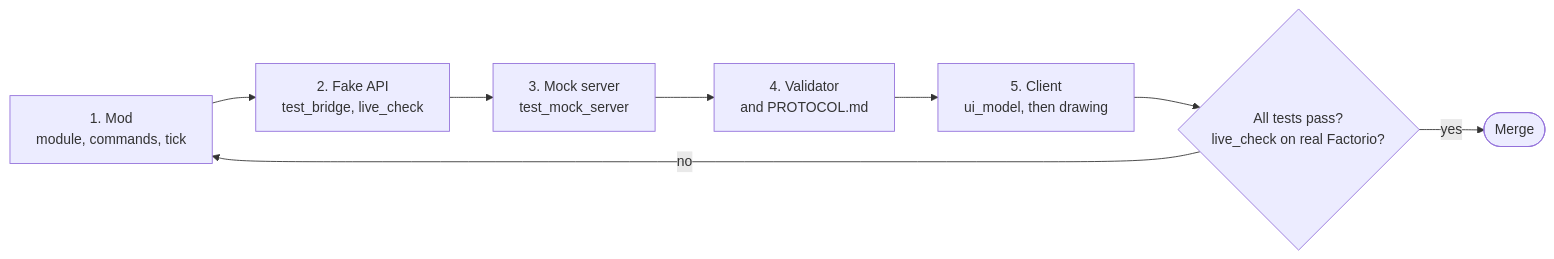
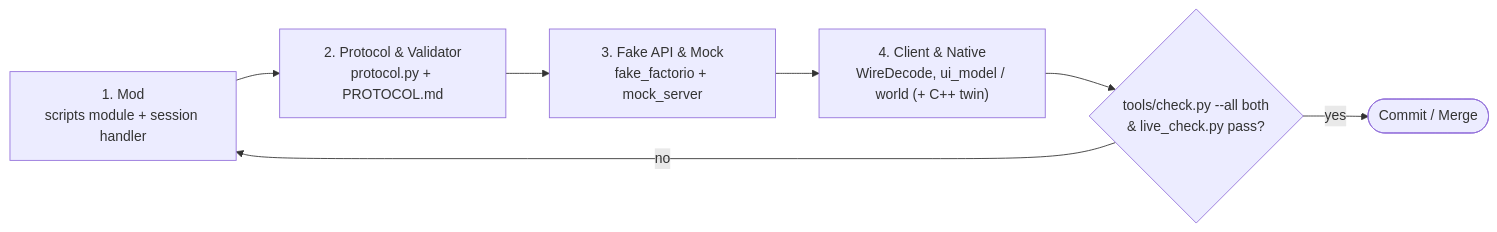
One commit to Zenith-3D-Team/Zenith changed the fourth of 4 diagrams in ARCHITECTURE.md. Above: the diagram before and after it, drawn with Mermaid. The commit also changed other lines of this file and 1999 other files, not shown here.

````diff
--- a/ARCHITECTURE.md
+++ b/ARCHITECTURE.md
@@ -214,10 +126,9 @@
 ```mermaid
 flowchart LR
-    A["1. Mod<br/>module, commands, tick"] --> B["2. Fake API<br/>test_bridge, live_check"]
-    B --> C["3. Mock server<br/>test_mock_server"]
-    C --> D["4. Validator<br/>and PROTOCOL.md"]
-    D --> E["5. Client<br/>ui_model, then drawing"]
-    E --> F{"All tests pass?<br/>live_check on real Factorio?"}
-    F -- yes --> G(["Merge"])
-    F -- no --> A
+    A["1. Mod<br/>scripts module + session handler"] --> B["2. Protocol & Validator<br/>protocol.py + PROTOCOL.md"]
+    B --> C["3. Fake API & Mock<br/>fake_factorio + mock_server"]
+    C --> D["4. Client & Native<br/>WireDecode, ui_model / world (+ C++ twin)"]
+    D --> E{"tools/check.py --all both<br/>& live_check.py pass?"}
+    E -- yes --> F(["Commit / Merge"])
+    E -- no --> A
 ```
````
